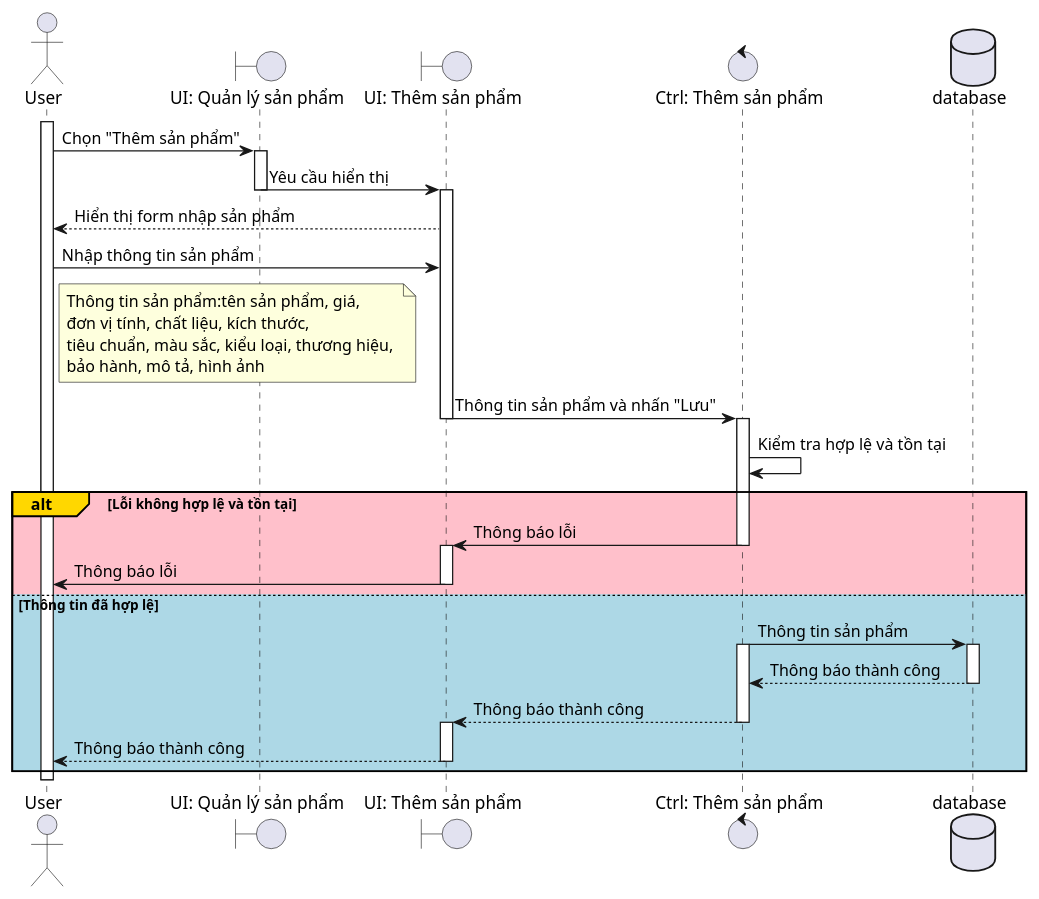
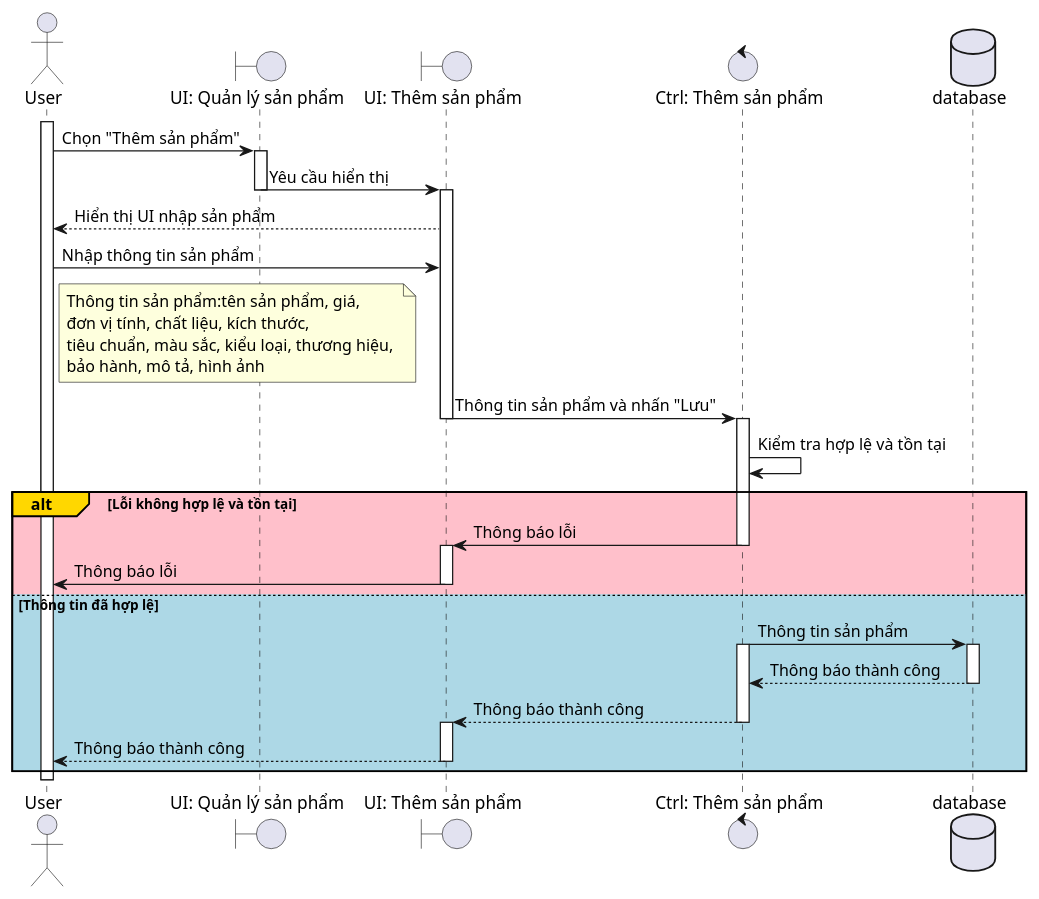
Before and after one commit to ThanhdatOris/LAB2211: the first of 2 diagrams in assets/plantuml/Sinoo/SinooSequence.puml, drawn with PlantUML. The commit also changed other lines of this file and 2 other files, not shown here.

Commit message:
add sequence

```diff
--- a/assets/plantuml/Sinoo/SinooSequence.puml
+++ b/assets/plantuml/Sinoo/SinooSequence.puml
@@ -1,52 +1,52 @@
 @startuml SequenceAddNewProduct
 actor User as user
 boundary "UI: Quản lý sản phẩm" as ui_manageProduct
 boundary "UI: Thêm sản phẩm" as ui_addProduct
 control "Ctrl: Thêm sản phẩm" as ctrl_addProduct
 database database
 
 activate user
 user -> ui_manageProduct: Chọn "Thêm sản phẩm"
 
 activate ui_manageProduct
 ui_manageProduct -> ui_addProduct: Yêu cầu hiển thị
 deactivate ui_manageProduct
 
 activate ui_addProduct
-ui_addProduct --> user: Hiển thị form nhập sản phẩm
+ui_addProduct --> user: Hiển thị UI nhập sản phẩm
 user -> ui_addProduct: Nhập thông tin sản phẩm
 note right of user
 Thông tin sản phẩm:tên sản phẩm, giá, 
 đơn vị tính, chất liệu, kích thước, 
 tiêu chuẩn, màu sắc, kiểu loại, thương hiệu, 
 bảo hành, mô tả, hình ảnh
 end note
 ui_addProduct -> ctrl_addProduct: Thông tin sản phẩm và nhấn "Lưu"
 deactivate ui_addProduct
 activate ctrl_addProduct
 
 
 ctrl_addProduct -> ctrl_addProduct: Kiểm tra hợp lệ và tồn tại
 
 alt#Gold #Pink Lỗi không hợp lệ và tồn tại
     ctrl_addProduct -> ui_addProduct: Thông báo lỗi
     deactivate ctrl_addProduct
 activate ui_addProduct
     ui_addProduct -> user: Thông báo lỗi
 deactivate ui_addProduct
 else #LightBlue Thông tin đã hợp lệ
     
     ctrl_addProduct -> database : Thông tin sản phẩm
 activate ctrl_addProduct
 activate database
     database --> ctrl_addProduct: Thông báo thành công
 deactivate database
 
     ctrl_addProduct --> ui_addProduct: Thông báo thành công
 deactivate ctrl_addProduct
 activate ui_addProduct
     ui_addProduct --> user: Thông báo thành công
 deactivate ui_addProduct
 end
 deactivate user
 @enduml
```
